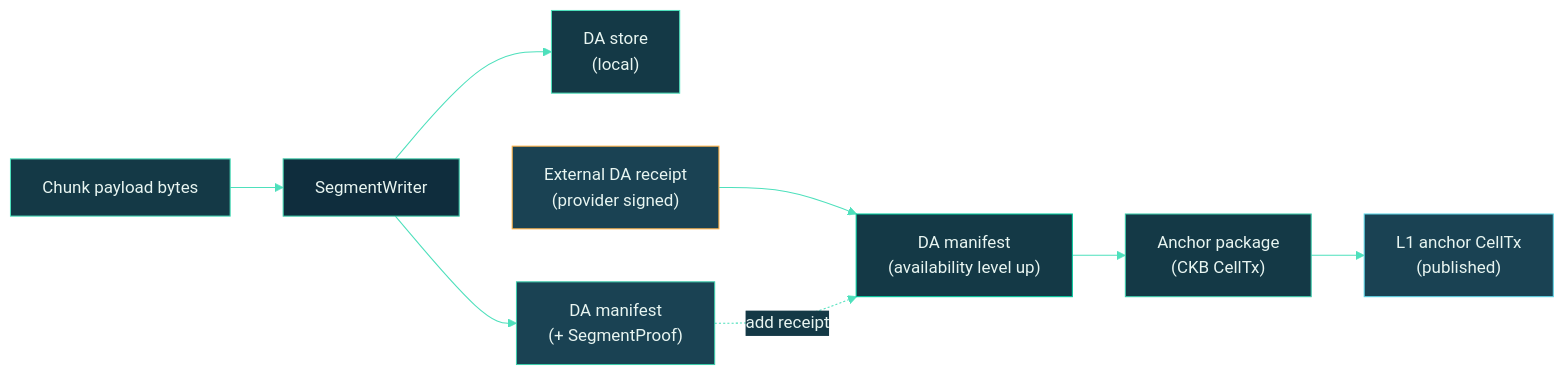
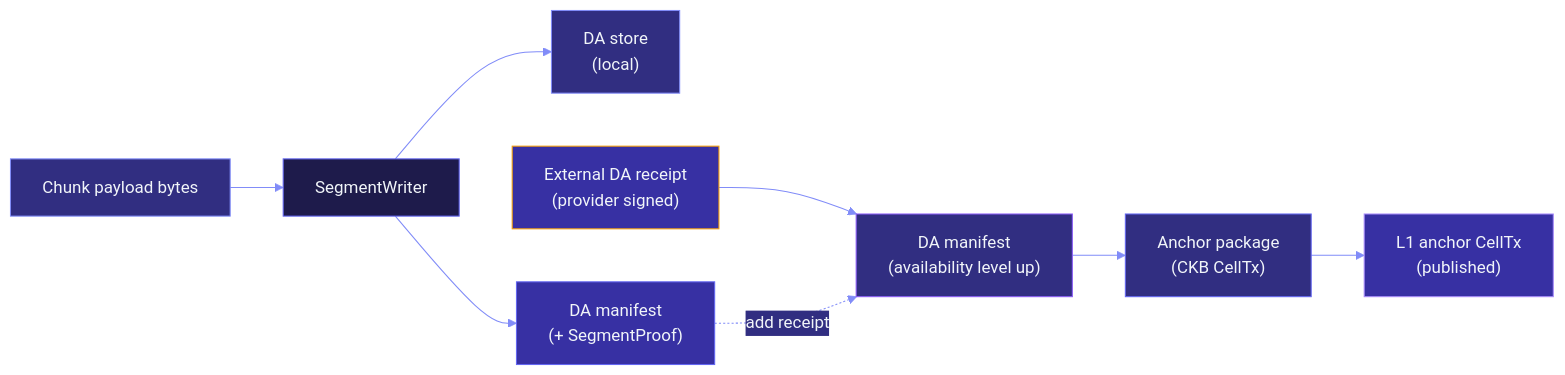
The second of 3 diagrams in docs/interactions/da-flow.md (Myelin-Labs/Myelin), drawn with Mermaid before and after one commit. The commit also changed other lines of this file and 31 other files, not shown here.

````diff
--- a/docs/interactions/da-flow.md
+++ b/docs/interactions/da-flow.md
@@ -89,38 +89,38 @@
 ```mermaid
 %%{init: {
   "theme": "base",
   "themeVariables": {
-    "primaryColor": "#0F2D3D",
-    "primaryTextColor": "#E8F5F1",
-    "primaryBorderColor": "#3CCBAA",
-    "lineColor": "#4EE0BC",
-    "secondaryColor": "#143946",
-    "tertiaryColor": "#1A4253"
+    "primaryColor": "#1E1B4B",
+    "primaryTextColor": "#F1F5F9",
+    "primaryBorderColor": "#6366F1",
+    "lineColor": "#818CF8",
+    "secondaryColor": "#312E81",
+    "tertiaryColor": "#3730A3"
   }
 }}%%
 flowchart LR
     A["Chunk payload bytes"]:::in
     B["SegmentWriter"]:::stage
     C["DA store<br/>(local)"]:::store
     D["DA manifest<br/>(+ SegmentProof)"]:::manifest
     E["External DA receipt<br/>(provider signed)"]:::ext
     F["DA manifest<br/>(availability level up)"]:::manifest2
     G["Anchor package<br/>(CKB CellTx)"]:::pkg
     H["L1 anchor CellTx<br/>(published)"]:::l1
 
     A --> B
     B --> C
     B --> D
     E --> F
     D -.->|add receipt| F
     F --> G --> H
 
-    classDef in      fill:#143946,stroke:#4EE0BC,color:#E8F5F1;
-    classDef stage   fill:#0F2D3D,stroke:#3CCBAA,color:#E8F5F1;
-    classDef store   fill:#143946,stroke:#4EE0BC,color:#E8F5F1;
-    classDef manifest fill:#1A4253,stroke:#3CCBAA,color:#E8F5F1;
-    classDef manifest2 fill:#143946,stroke:#00CC9F,color:#E8F5F1;
-    classDef ext     fill:#1A4253,stroke:#FFB347,color:#E8F5F1;
-    classDef pkg     fill:#143946,stroke:#3CCBAA,color:#E8F5F1;
-    classDef l1      fill:#1A4253,stroke:#5DD4E5,color:#E8F5F1;
+    classDef in      fill:#312E81,stroke:#818CF8,color:#F1F5F9;
+    classDef stage   fill:#1E1B4B,stroke:#6366F1,color:#F1F5F9;
+    classDef store   fill:#312E81,stroke:#818CF8,color:#F1F5F9;
+    classDef manifest fill:#3730A3,stroke:#6366F1,color:#F1F5F9;
+    classDef manifest2 fill:#312E81,stroke:#8B5CF6,color:#F1F5F9;
+    classDef ext     fill:#3730A3,stroke:#F59E0B,color:#F1F5F9;
+    classDef pkg     fill:#312E81,stroke:#6366F1,color:#F1F5F9;
+    classDef l1      fill:#3730A3,stroke:#A78BFA,color:#F1F5F9;
 ```
````
